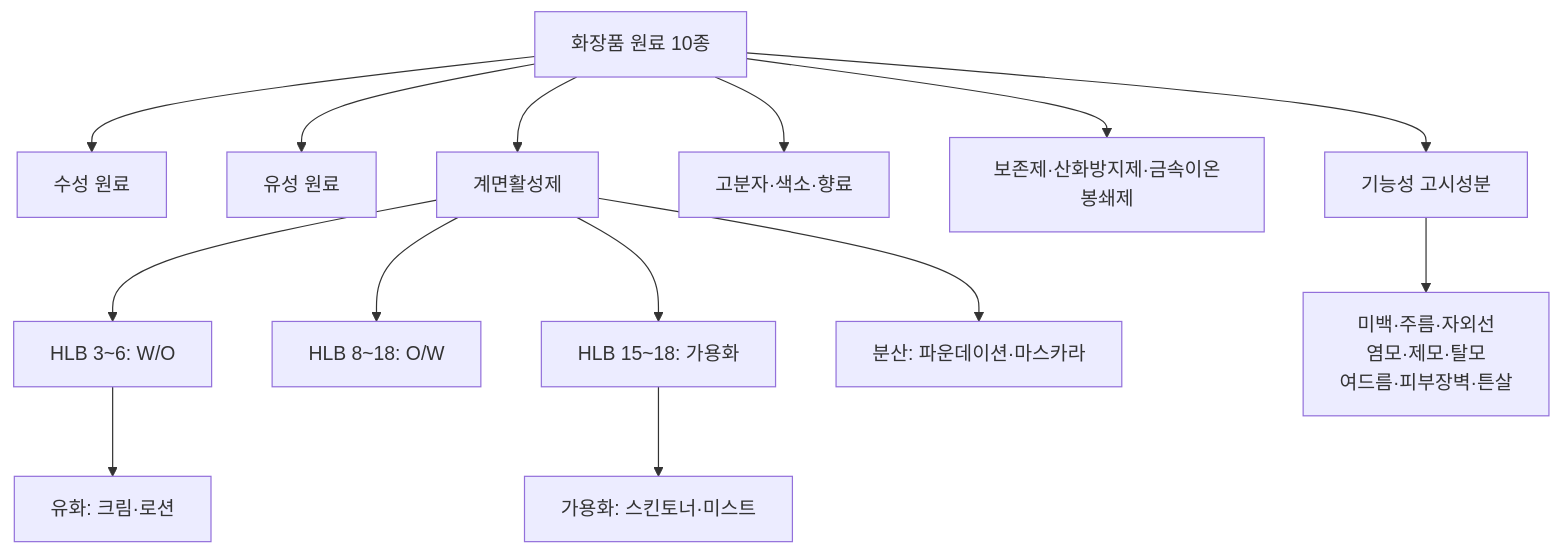
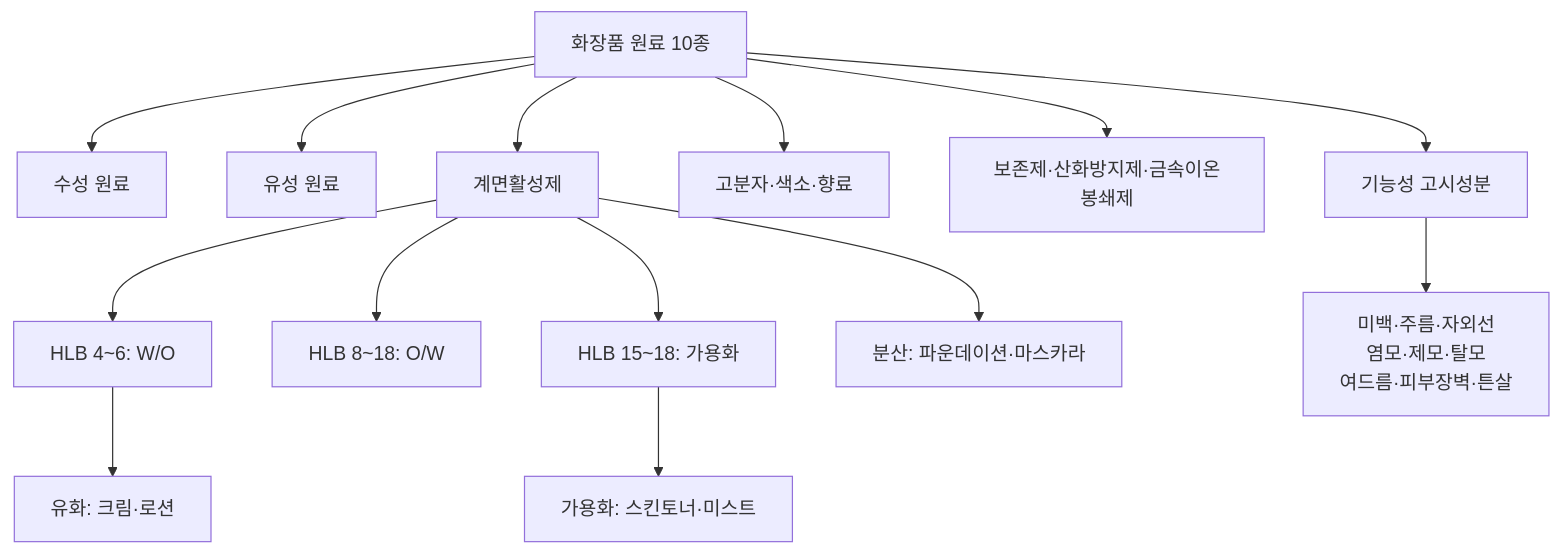
Before and after one commit to skygoldlee-cyber/Personalized_Skincare: the fifth of 5 diagrams in content/참조자료/과목2/2과목_Ch01_원료_핵심암기.md, drawn with Mermaid. The commit also changed other lines of this file and 8 other files, not shown here.

````diff
--- a/content/참조자료/과목2/2과목_Ch01_원료_핵심암기.md
+++ b/content/참조자료/과목2/2과목_Ch01_원료_핵심암기.md
@@ -313,16 +312,16 @@
 ```mermaid
 flowchart TD
   A[화장품 원료 10종] --> B[수성 원료]
   A --> C[유성 원료]
   A --> D[계면활성제]
   A --> E[고분자·색소·향료]
   A --> F[보존제·산화방지제·금속이온봉쇄제]
   A --> G[기능성 고시성분]
-  D --> D1[HLB 3~6: W/O]
+  D --> D1[HLB 4~6: W/O]
   D --> D2[HLB 8~18: O/W]
   D --> D3[HLB 15~18: 가용화]
   D1 --> H[유화: 크림·로션]
   D3 --> I[가용화: 스킨토너·미스트]
   D --> J[분산: 파운데이션·마스카라]
   G --> K[미백·주름·자외선<br/>염모·제모·탈모<br/>여드름·피부장벽·튼살]
 ```
````
